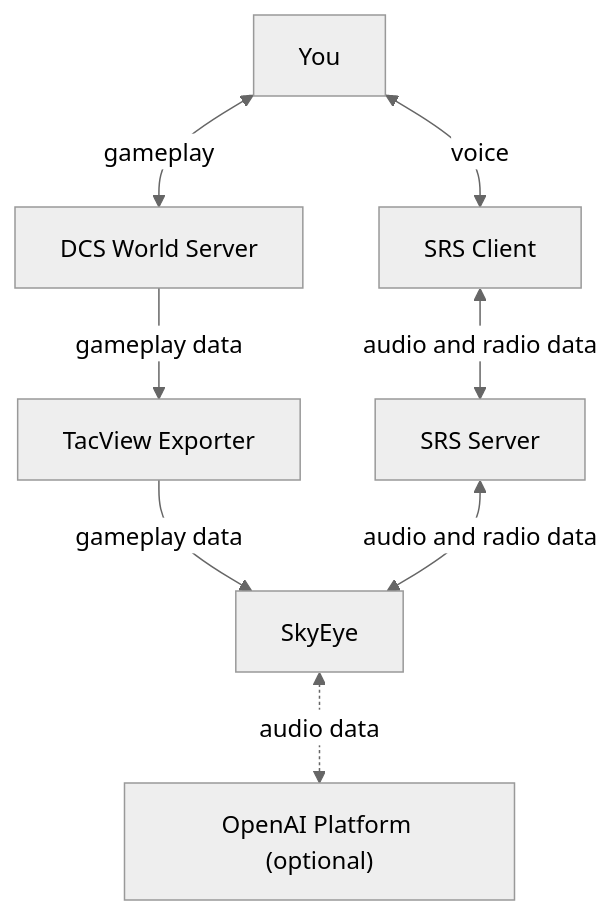
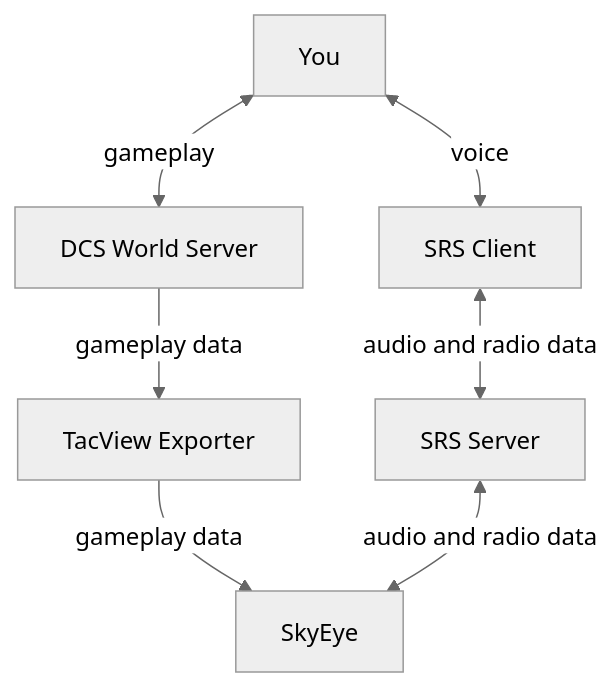
One commit to dharmab/skyeye changed the first of 3 diagrams in docs/PRIVACY.md. Above: the diagram before and after it, drawn with Mermaid (neutral theme). The commit also changed other lines of this file and 30 other files, not shown here.

````diff
--- a/docs/PRIVACY.md
+++ b/docs/PRIVACY.md
@@ -9,10 +9,9 @@
 ```mermaid
 flowchart TD
     dcs[DCS World Server] -->|gameplay data| tacview[TacView Exporter]
     tacview -->|gameplay data| skyeye[SkyEye]
     srs[SRS Server] <-->|audio and radio data| skyeye
-    skyeye <-.->|audio data| openai["OpenAI Platform (optional)"]
     player[You] <-->|gameplay| dcs
     player <-->|voice| src[SRS Client]
     src <-->|audio and radio data| srs
 ```
````
